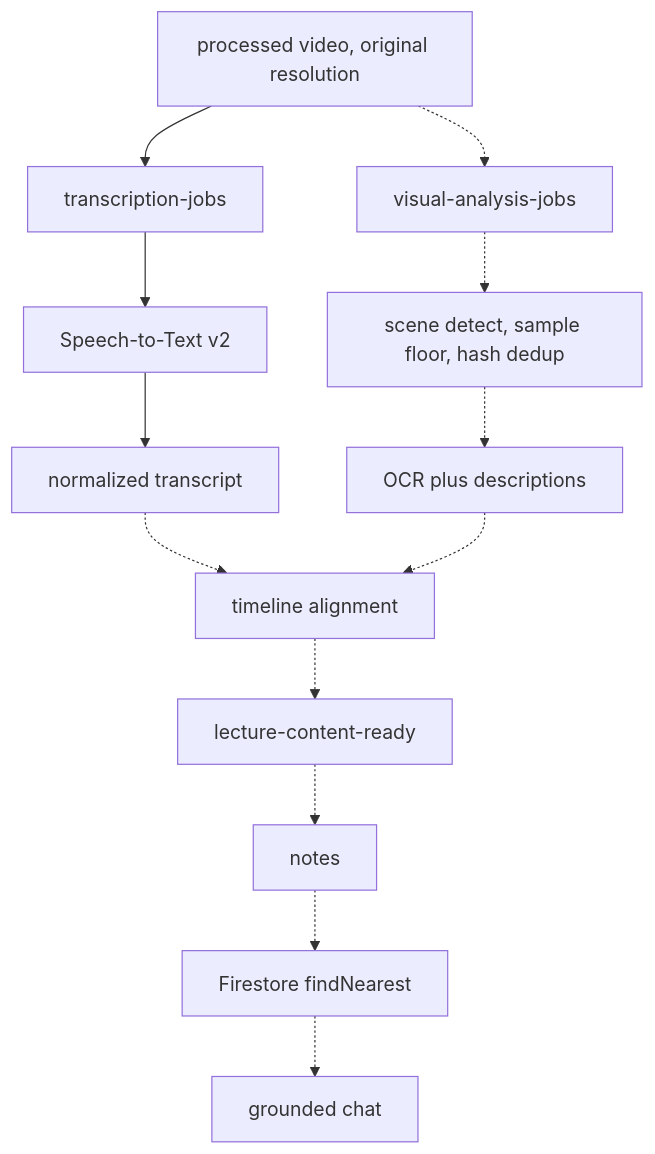
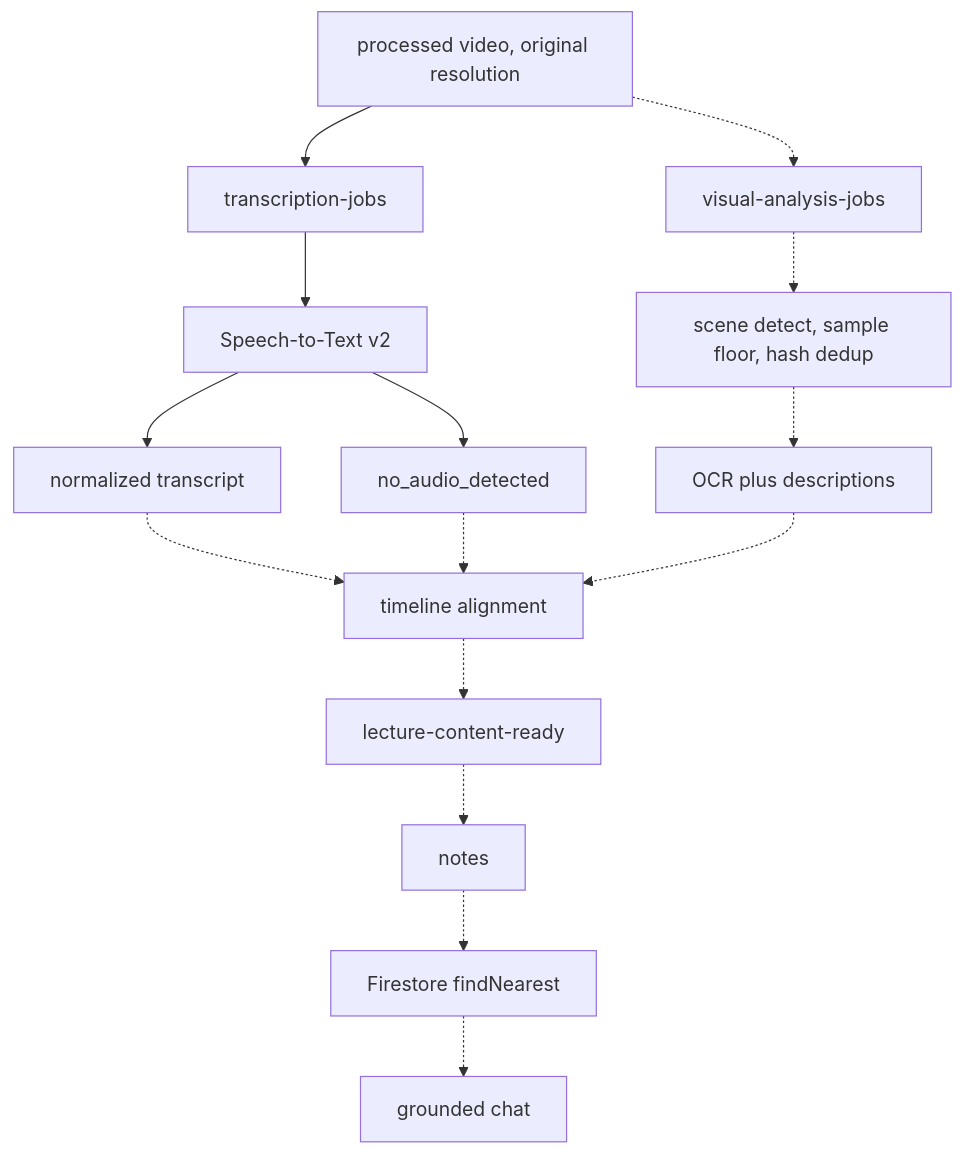
Before and after one commit to suryaatm21/cloudscribe-ai: the third of 3 diagrams in README.md, drawn with Mermaid. The commit also changed other lines of this file and 6 other files, not shown here.

````diff
--- a/README.md
+++ b/README.md
@@ -74,15 +74,17 @@
 ```mermaid
 flowchart TD
   Processed["processed video, original resolution"] --> AudioJob[transcription-jobs]
   Processed -.-> VisualJob[visual-analysis-jobs]
   AudioJob --> Speech["Speech-to-Text v2"]
   Speech --> Transcript["normalized transcript"]
+  Speech --> Silent["no_audio_detected"]
   VisualJob -.-> Frames["scene detect, sample floor, hash dedup"]
   Frames -.-> OcrDesc["OCR plus descriptions"]
   Transcript -.-> Assembler["timeline alignment"]
+  Silent -.-> Assembler
   OcrDesc -.-> Assembler
   Assembler -.-> ReadyEvent["lecture-content-ready"]
   ReadyEvent -.-> Notes[notes]
   Notes -.-> Retrieval["Firestore findNearest"]
   Retrieval -.-> Chat["grounded chat"]
 ```
````
